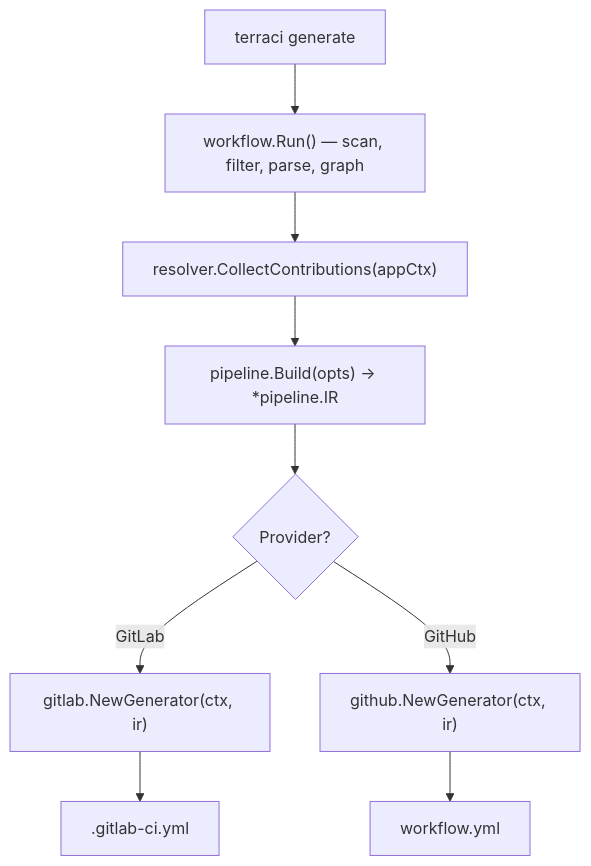
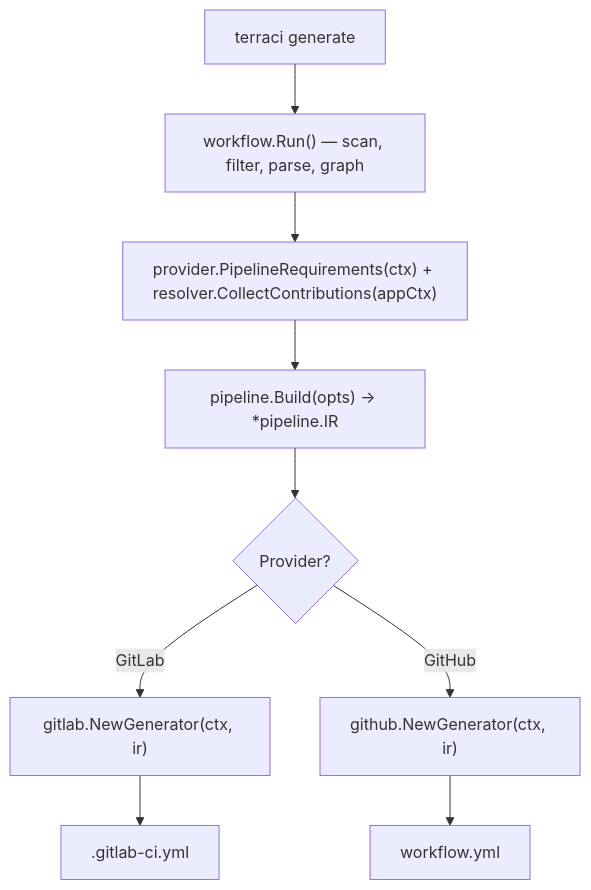
The fourth of 4 diagrams in docs/guide/how-it-works.md (edelwud/terraci), drawn with Mermaid before and after one commit. The commit also changed other lines of this file and 165 other files, not shown here.

````diff
--- a/docs/guide/how-it-works.md
+++ b/docs/guide/how-it-works.md
@@ -218,10 +219,10 @@
 ```mermaid
 flowchart TD
   A["terraci generate"] --> B
   B["workflow.Run() — scan, filter, parse, graph"] --> C
-  C["resolver.CollectContributions(appCtx)"] --> D
+  C["provider.PipelineRequirements(ctx) + resolver.CollectContributions(appCtx)"] --> D
   D["pipeline.Build(opts) → *pipeline.IR"] --> E
   E{"Provider?"}
   E -->|GitLab| F["gitlab.NewGenerator(ctx, ir)"] --> G[".gitlab-ci.yml"]
   E -->|GitHub| H["github.NewGenerator(ctx, ir)"] --> I["workflow.yml"]
 ```
````
